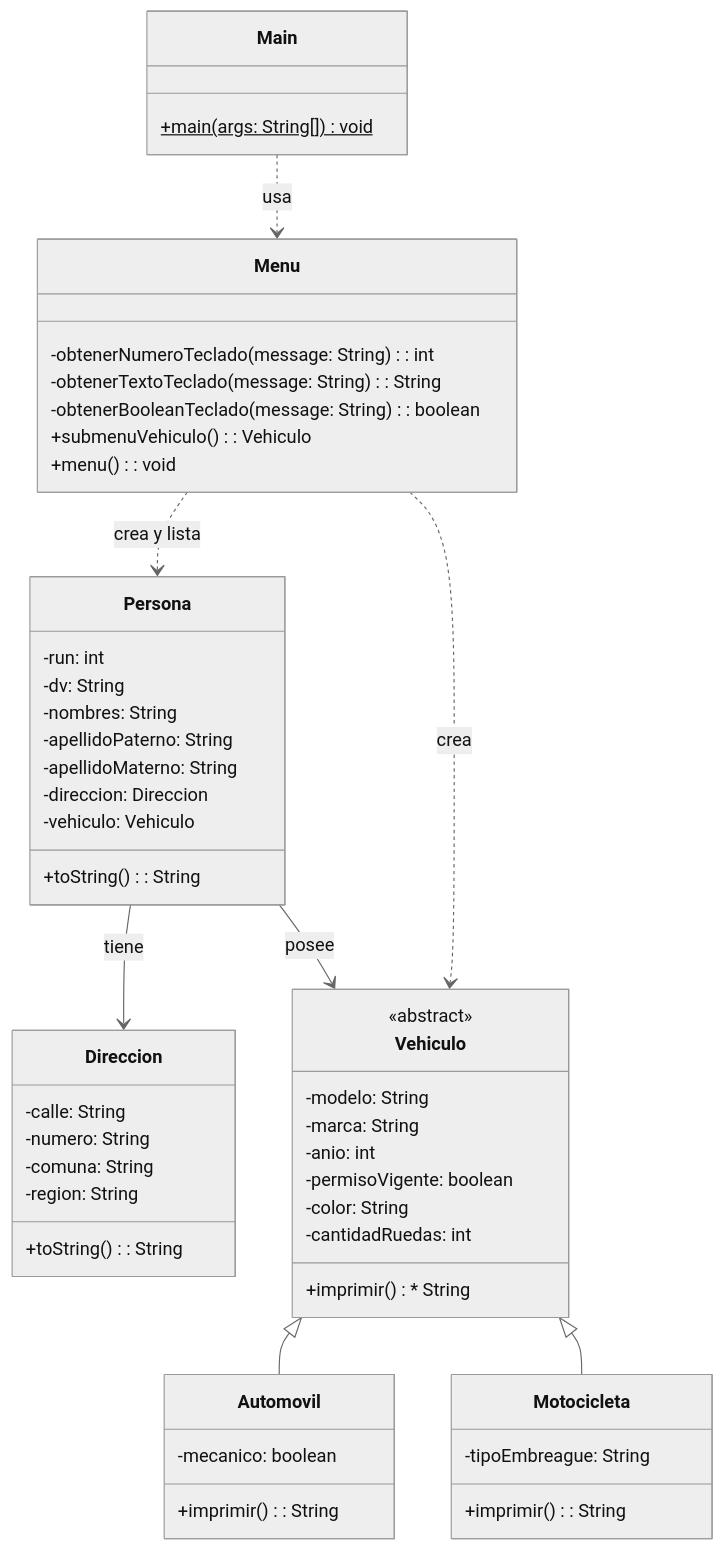
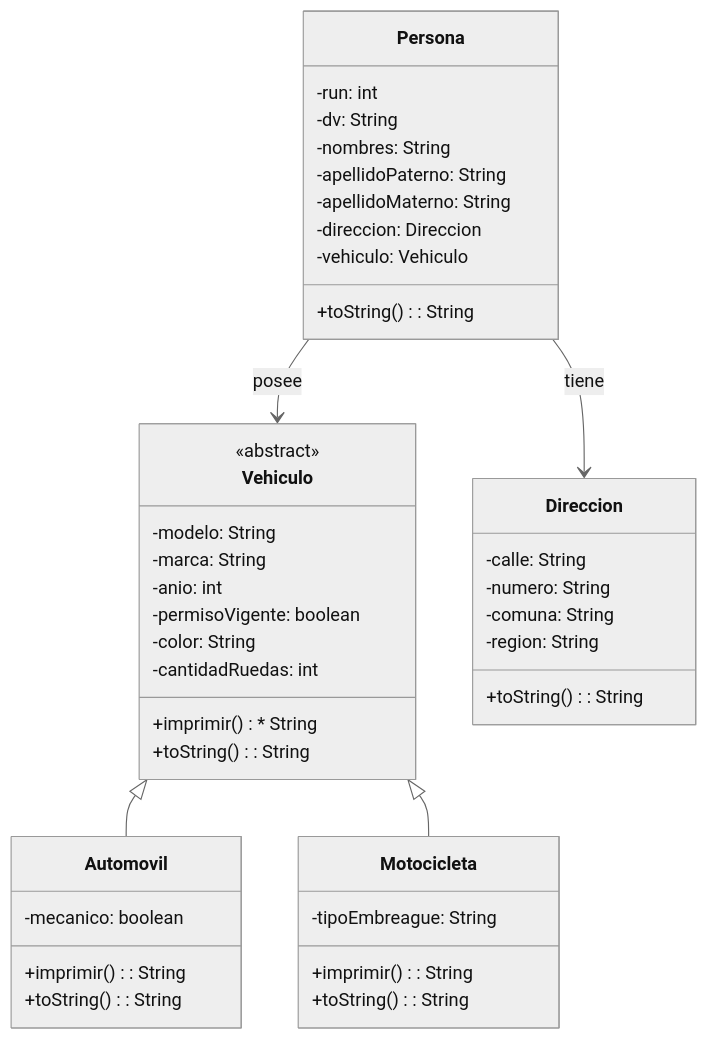
Before and after one commit to elprofecarreno/poo-fundaments: the diagram in 09/README.md, drawn with Mermaid (neutral theme). The commit also changed other lines of this file and 34 other files, not shown here.

````diff
--- a/09/README.md
+++ b/09/README.md
@@ -11,62 +11,50 @@
 ```mermaid
 classDiagram
-    class Menu {
-        -obtenerNumeroTeclado(message: String): int
-        -obtenerTextoTeclado(message: String): String
-        -obtenerBooleanTeclado(message: String): boolean
-        +submenuVehiculo(): Vehiculo
-        +menu(): void
-    }
-
     class Vehiculo {
         <<abstract>>
         -modelo: String
         -marca: String
         -anio: int
         -permisoVigente: boolean
         -color: String
         -cantidadRuedas: int
         +imprimir() * String
+        +toString(): String
     }
 
     class Automovil {
         -mecanico: boolean
         +imprimir(): String
+        +toString(): String
     }
 
     class Motocicleta {
         -tipoEmbreague: String
         +imprimir(): String
+        +toString(): String
     }
 
     class Persona {
         -run: int
         -dv: String
         -nombres: String
         -apellidoPaterno: String
         -apellidoMaterno: String
         -direccion: Direccion
         -vehiculo: Vehiculo
         +toString(): String
     }
 
     class Direccion {
         -calle: String
         -numero: String
         -comuna: String
         -region: String
         +toString(): String
     }
 
-    class Main {
-        +main(args: String[])$ void
-    }
-
     Vehiculo <|-- Automovil
     Vehiculo <|-- Motocicleta
     Persona --> Direccion : tiene
     Persona --> Vehiculo : posee
-    Main ..> Menu : usa
-    Menu ..> Persona : crea y lista
-    Menu ..> Vehiculo : crea
 ```
````
